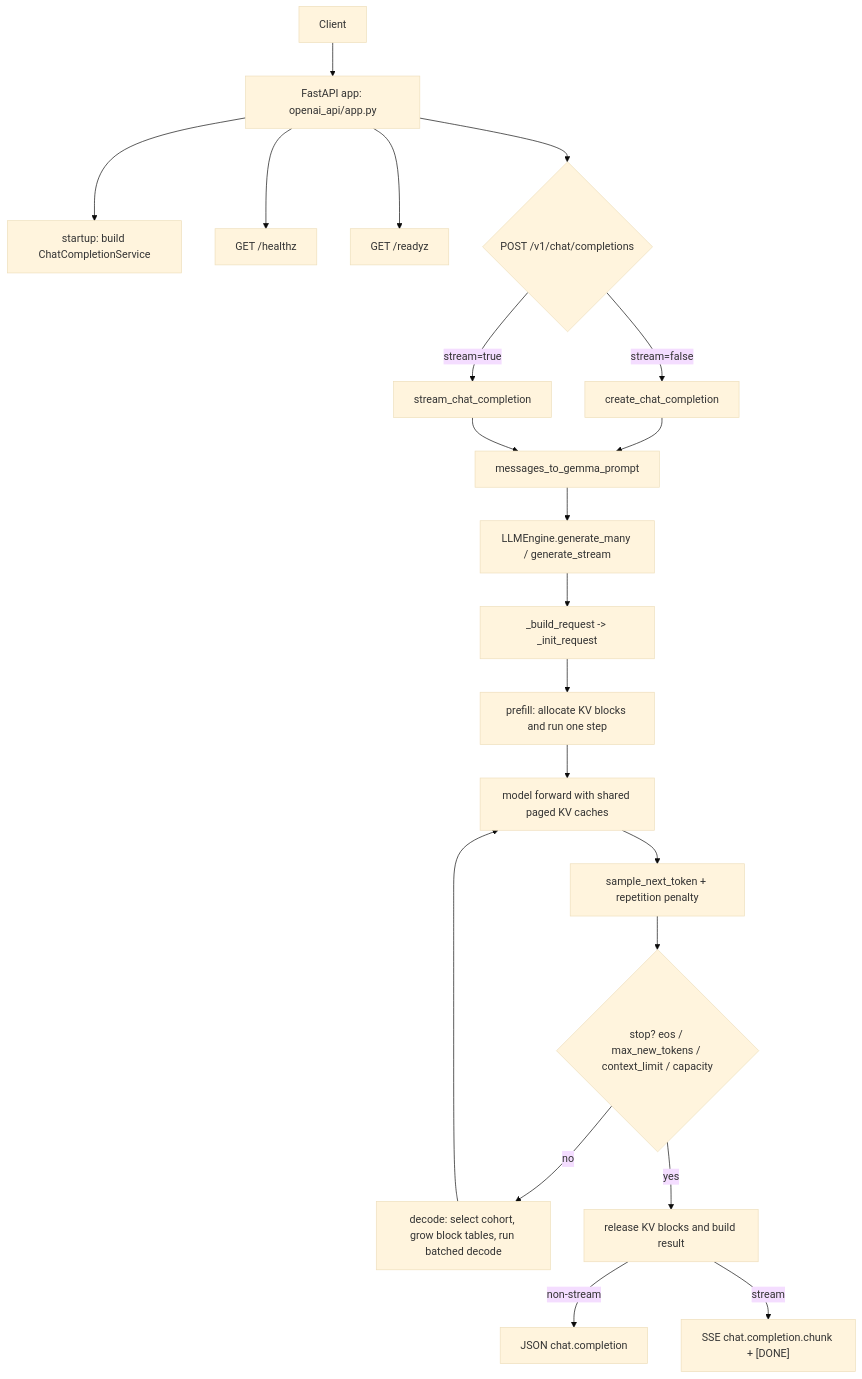
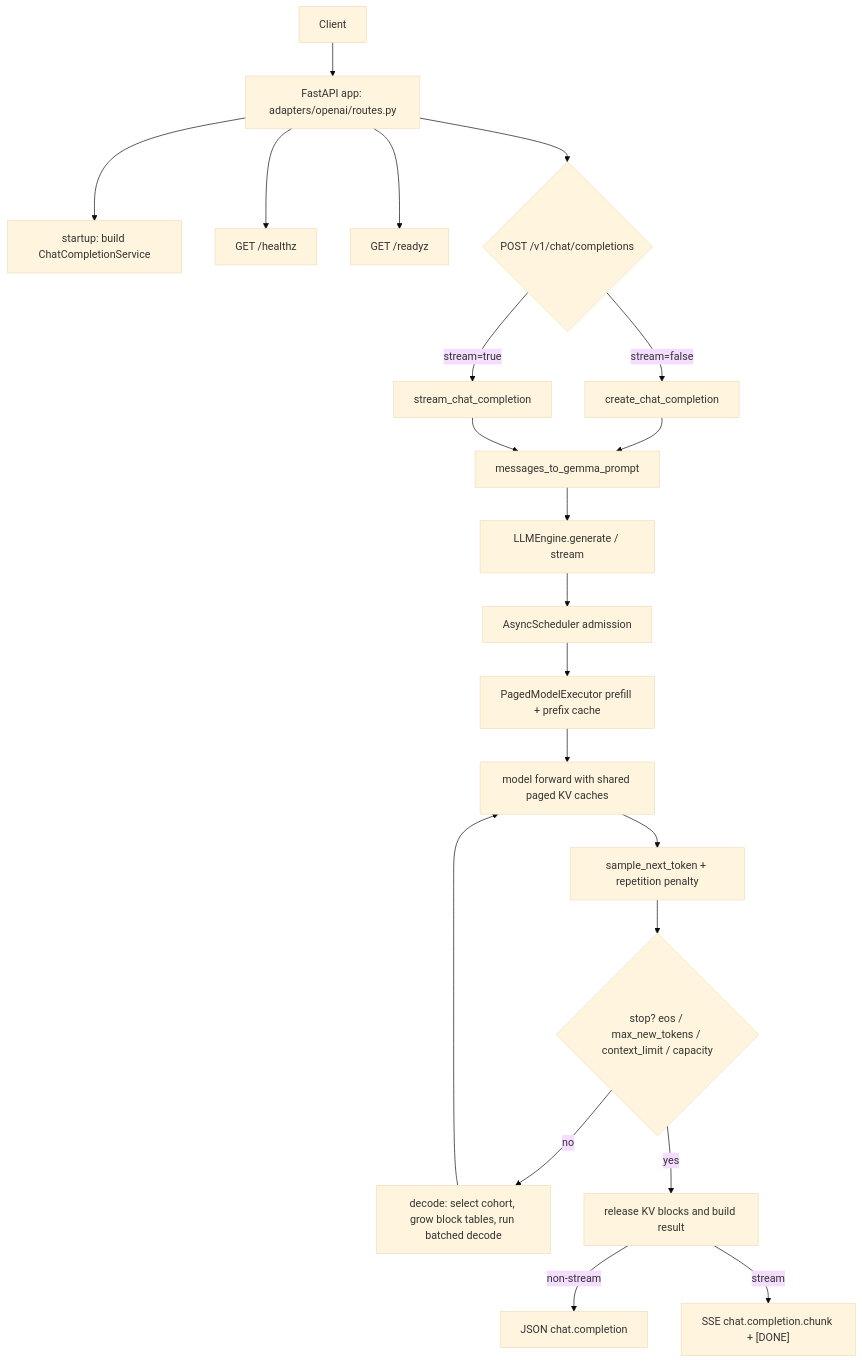
One commit to pratikkorat26/gemma3-from-scratch-python changed the diagram in README.md. Above: the diagram before and after it, drawn with Mermaid (base theme). The commit also changed other lines of this file and 62 other files, not shown here.

First line of the commit message:
Consolidate inference into scheduler, executor, and prefix cache.

````diff
--- a/README.md
+++ b/README.md
@@ -121,23 +138,23 @@
 ```mermaid
 flowchart TD
-    A[Client] --> B[FastAPI app: openai_api/app.py]
+    A[Client] --> B[FastAPI app: adapters/openai/routes.py]
     B --> C[startup: build ChatCompletionService]
     B --> D[GET /healthz]
     B --> E[GET /readyz]
     B --> F{POST /v1/chat/completions}
     F -->|stream=false| G[create_chat_completion]
     F -->|stream=true| H[stream_chat_completion]
     G --> I[messages_to_gemma_prompt]
     H --> I
-    I --> J[LLMEngine.generate_many / generate_stream]
-    J --> K[_build_request -> _init_request]
-    K --> L[prefill: allocate KV blocks and run one step]
+    I --> J[LLMEngine.generate / stream]
+    J --> K[AsyncScheduler admission]
+    K --> L[PagedModelExecutor prefill + prefix cache]
     L --> M[model forward with shared paged KV caches]
     M --> N[sample_next_token + repetition penalty]
     N --> O{stop? eos / max_new_tokens / context_limit / capacity}
     O -->|no| P[decode: select cohort, grow block tables, run batched decode]
     P --> M
     O -->|yes| Q[release KV blocks and build result]
     Q -->|non-stream| R[JSON chat.completion]
     Q -->|stream| S["SSE chat.completion.chunk + [DONE]"]
 ```
````
